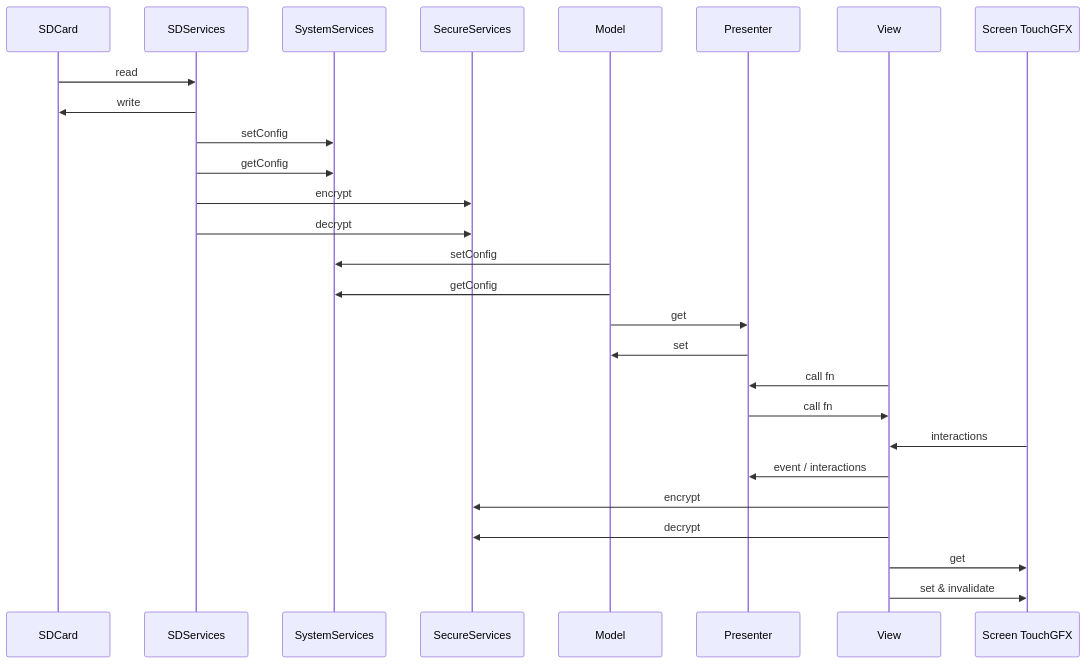
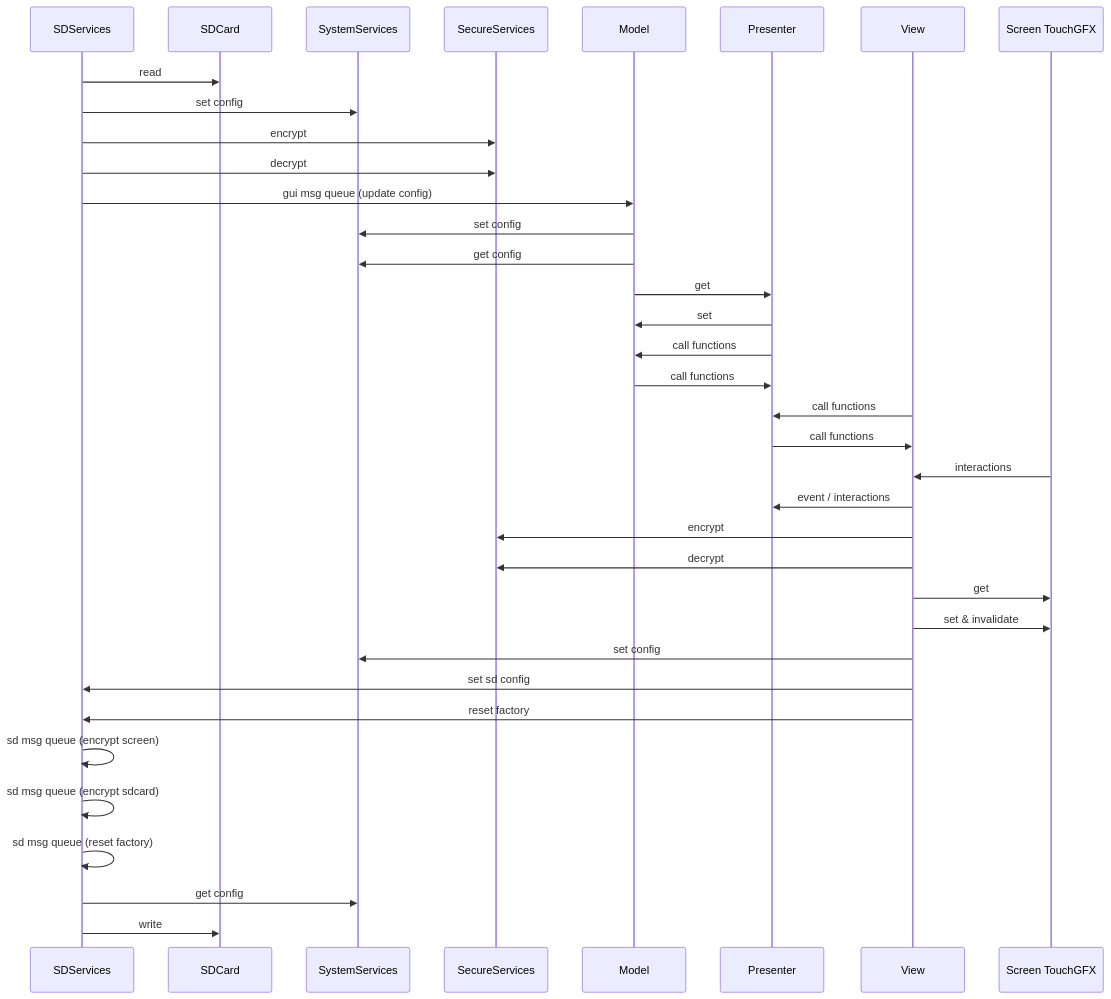
The fourth of 4 diagrams in README.md (packetqc/MPLIB), drawn with Mermaid before and after one commit. The commit also changed other lines of this file, not shown here.

````diff
--- a/README.md
+++ b/README.md
@@ -98,21 +100,30 @@
 ```mermaid
 sequenceDiagram  
-SDCard ->> SDServices: read
-SDServices ->> SDCard: write
-SDServices ->> SystemServices: setConfig
-SDServices ->> SystemServices: getConfig
+SDServices ->> SDCard: read
+SDServices ->> SystemServices: set config
 SDServices ->> SecureServices: encrypt
 SDServices ->> SecureServices: decrypt
-Model ->> SystemServices: setConfig
-Model ->> SystemServices: getConfig
+SDServices ->> Model: gui msg queue (update config)
+Model ->> SystemServices: set config
+Model ->> SystemServices: get config
 Model ->> Presenter: get
 Presenter ->> Model: set
-View ->> Presenter: call fn
-Presenter ->> View: call fn
+Presenter ->> Model: call functions
+Model ->> Presenter: call functions
+View ->> Presenter: call functions
+Presenter ->> View: call functions
 Screen TouchGFX ->> View: interactions
 View ->> Presenter: event / interactions
 View ->> SecureServices: encrypt
 View ->> SecureServices: decrypt
 View ->> Screen TouchGFX: get
 View ->> Screen TouchGFX: set & invalidate
+View ->> SystemServices: set config
+View ->> SDServices: set sd config
+View ->> SDServices: reset factory
+SDServices ->> SDServices: sd msg queue (encrypt screen)
+SDServices ->> SDServices: sd msg queue (encrypt sdcard)
+SDServices ->> SDServices: sd msg queue (reset factory)
+SDServices ->> SystemServices: get config
+SDServices ->> SDCard: write
 ```
````
